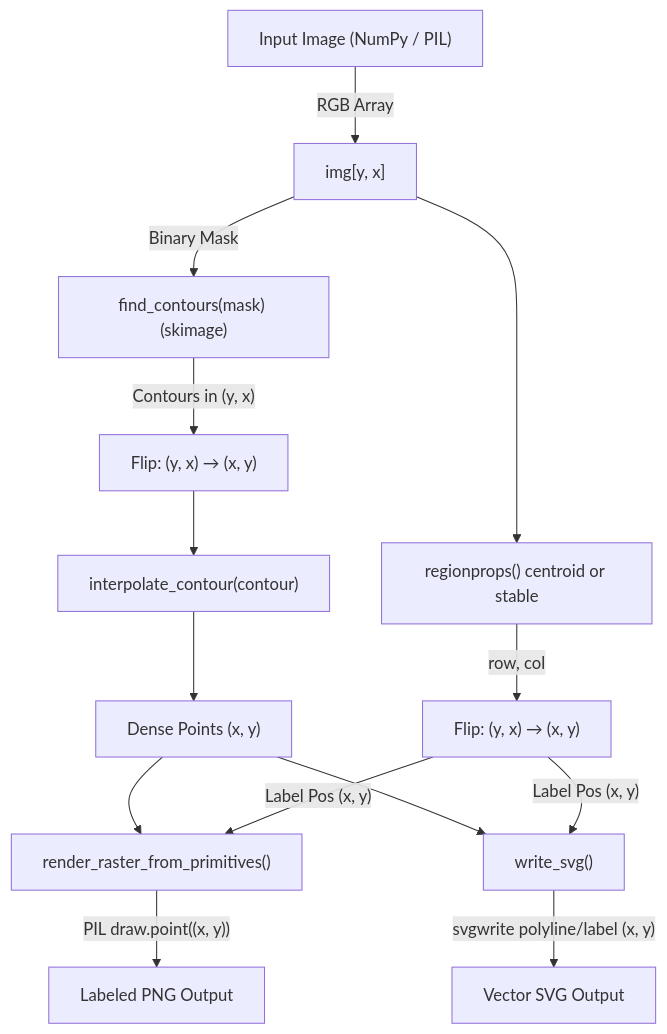
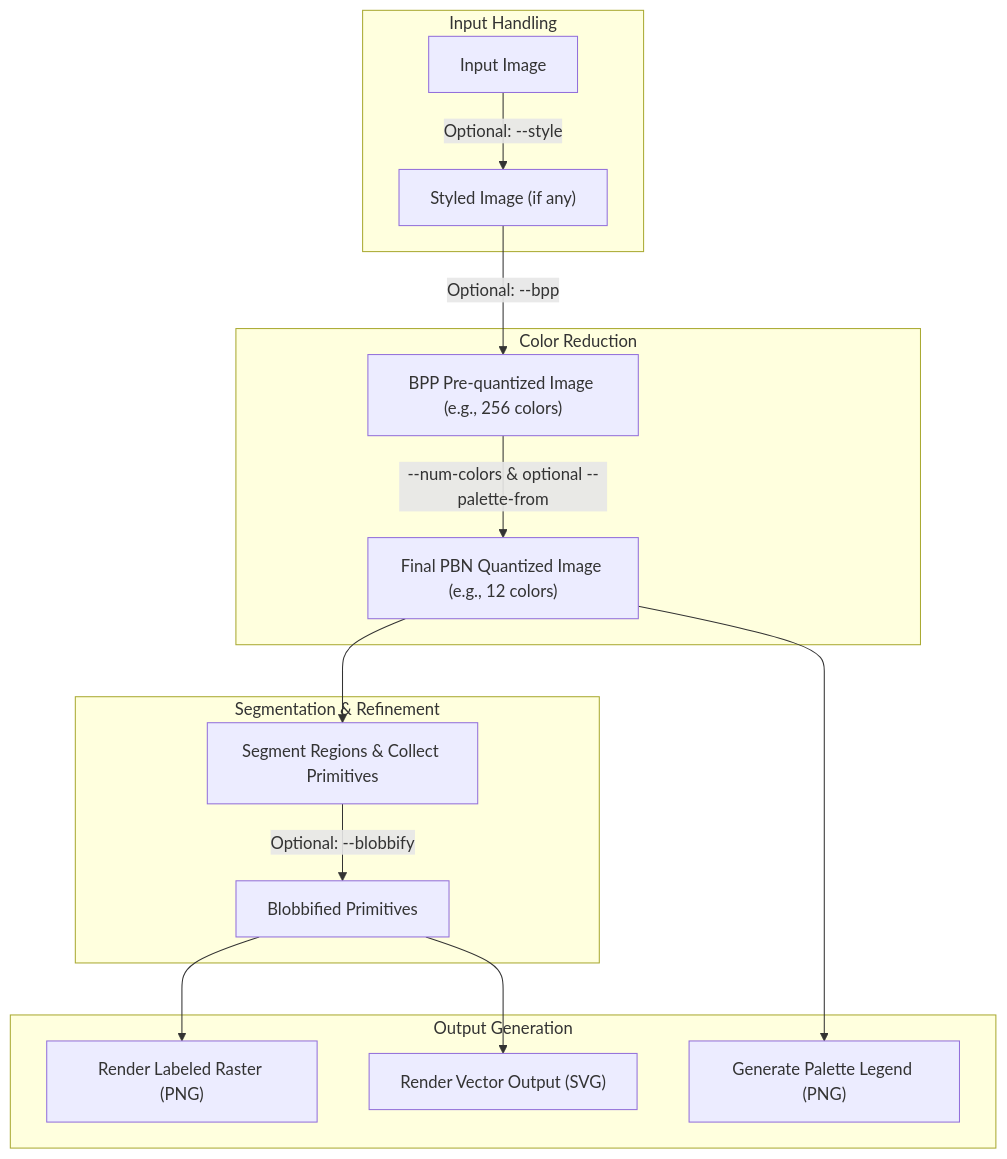
The diagram in README.md (scottvr/pbngen), drawn with Mermaid before and after one commit. The commit also changed other lines of this file, not shown here.

````diff
--- a/README.md
+++ b/README.md
@@ -113,28 +174,29 @@
-``` mermaid
+```mermaid
 graph TD
+    A["Input Image"] -->|Optional: --style| B["Styled Image (if any)"];
+    B -->|Optional: --bpp| C["BPP Pre-quantized Image (e.g., 256 colors)"];
+    C -->|--num-colors & optional --palette-from| D["Final PBN Quantized Image (e.g., 12 colors)"];
+    D --> E["Segment Regions & Collect Primitives"];
+    E -->|Optional: --blobbify| F["Blobbified Primitives"];
+    F --> G["Render Labeled Raster (PNG)"];
+    F --> H["Render Vector Output (SVG)"];
+    D --> I["Generate Palette Legend (PNG)"];
 
-%% Input Image and Base Coordinate
-A["Input Image (NumPy / PIL)"] -->|RGB Array| B["img[y, x]"]
-
-%% Contour Extraction
-B -->|Binary Mask| C["find_contours(mask) (skimage)"]
-C -->|"Contours in (y, x)"| D["Flip: (y, x) → (x, y)"]
-
-%% Interpolation
-D --> E["interpolate_contour(contour)"]
-E --> F["Dense Points (x, y)"]
-
-%% Drawing Paths
-F --> G1["render_raster_from_primitives()"]
-F --> G2["write_svg()"]
-
-G1 -->|"PIL draw.point((x, y))"| H1["Labeled PNG Output"]
-G2 -->|"svgwrite polyline/label (x, y)"| H2["Vector SVG Output"]
-
-%% Label Placement
-B --> I["regionprops() centroid or stable"]
-I -->|"row, col"| J["Flip: (y, x) → (x, y)"]
-J -->|"Label Pos (x, y)"| G1
-J -->|"Label Pos (x, y)"| G2
-
+    subgraph "Input Handling"
+        A
+        B
+    end
+    subgraph "Color Reduction"
+        C
+        D
+    end
+    subgraph "Segmentation & Refinement"
+        E
+        F
+    end
+    subgraph "Output Generation"
+        G
+        H
+        I
+    end
 ```
````
